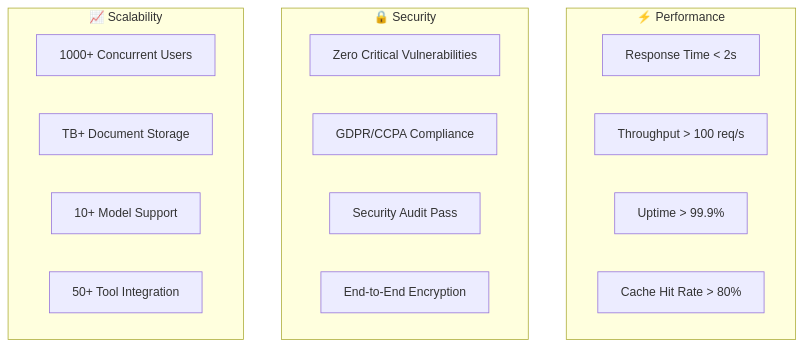
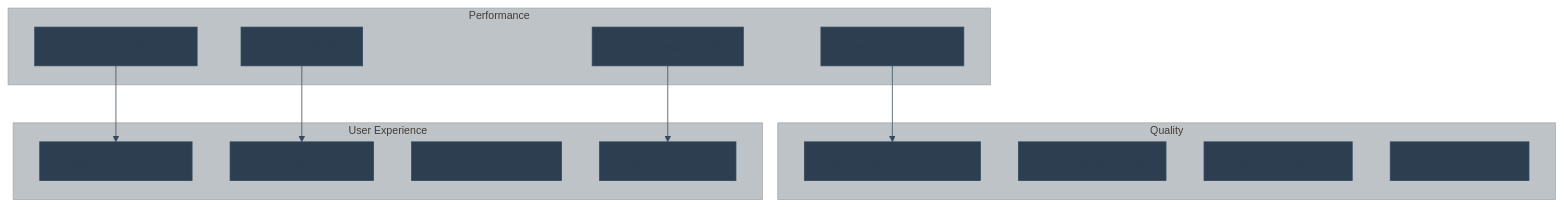
One commit to khaosans/basic-chat changed the seventh of 10 diagrams in docs/ROADMAP.md. Above: the diagram before and after it, drawn with Mermaid. The commit also changed other lines of this file and 10 other files, not shown here.

Commit message:
feat: Remove deprecated test files and update requirements - Delete unused test_sample.png, test_sample.pdf, and test_document_processing.py - Add pytest and related packages to requirements.txt

````diff
--- a/docs/ROADMAP.md
+++ b/docs/ROADMAP.md
@@ -355,23 +358,29 @@
 ```mermaid
+%%{init: {'theme': 'base', 'themeVariables': { 'fontSize': '14px', 'fontFamily': 'arial', 'primaryColor': '#2c3e50', 'primaryTextColor': '#2c3e50', 'primaryBorderColor': '#34495e', 'lineColor': '#34495e', 'secondaryColor': '#ecf0f1', 'tertiaryColor': '#bdc3c7'}}}%%
 graph TB
-    subgraph "⚡ Performance"
+    subgraph "Performance"
         RESPONSE_TIME[Response Time < 2s]
-        THROUGHPUT[Throughput > 100 req/s]
+        THROUGHPUT[Throughput > 1000 req/s]
         UPTIME[Uptime > 99.9%]
-        CACHE_HIT[Cache Hit Rate > 80%]
+        MEMORY[Memory Usage < 4GB]
     end
     
-    subgraph "🔒 Security"
-        VULNERABILITIES[Zero Critical Vulnerabilities]
-        COMPLIANCE[GDPR/CCPA Compliance]
-        AUDIT[Security Audit Pass]
-        ENCRYPTION[End-to-End Encryption]
+    subgraph "Quality"
+        ACCURACY[Reasoning Accuracy > 95%]
+        COVERAGE[Test Coverage > 90%]
+        BUGS[Bugs per Release < 5]
+        SECURITY[Security Score > 95]
     end
     
-    subgraph "📈 Scalability"
-        CONCURRENT[1000+ Concurrent Users]
-        STORAGE[TB+ Document Storage]
-        MODELS[10+ Model Support]
-        TOOLS[50+ Tool Integration]
+    subgraph "User Experience"
+        USABILITY[Usability Score > 4.5/5]
+        ADOPTION[User Adoption > 10K]
+        RETENTION[User Retention > 80%]
+        SATISFACTION[Satisfaction > 4.5/5]
     end
+    
+    RESPONSE_TIME --> ACCURACY
+    THROUGHPUT --> USABILITY
+    UPTIME --> ADOPTION
+    MEMORY --> SATISFACTION
 ```
````
